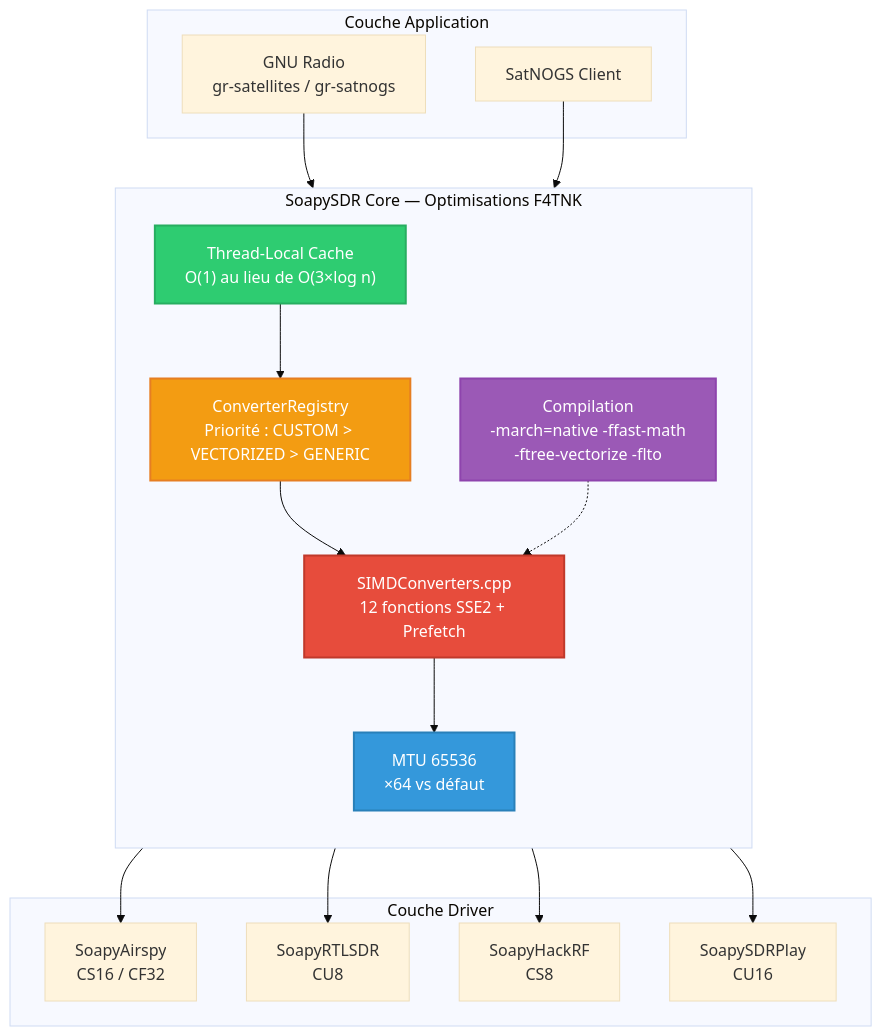
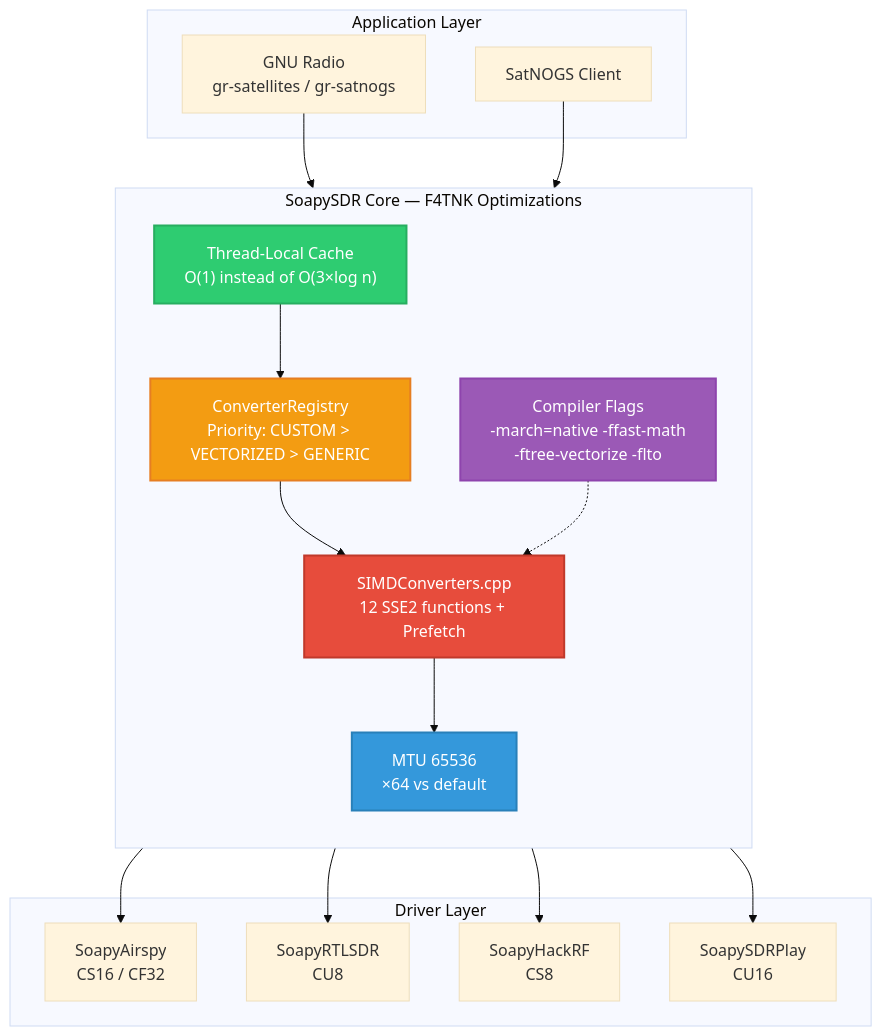
The first of 6 diagrams in OPTIMIZATIONS-F4TNK.md (f4tnk/SoapySDR), drawn with Mermaid (base theme) before and after one commit. The commit also changed other lines of this file, not shown here.

Commit message:
docs: translate OPTIMIZATIONS-F4TNK.md to English

````diff
--- a/OPTIMIZATIONS-F4TNK.md
+++ b/OPTIMIZATIONS-F4TNK.md
@@ -22,40 +22,40 @@
 ```mermaid
 graph TB
-    subgraph "Couche Application"
+    subgraph "Application Layer"
         GR["GNU Radio<br/>gr-satellites / gr-satnogs"]
         APP["SatNOGS Client"]
     end
 
-    subgraph "SoapySDR Core — Optimisations F4TNK"
+    subgraph "SoapySDR Core — F4TNK Optimizations"
         direction TB
-        CACHE["Thread-Local Cache<br/>O(1) au lieu de O(3×log n)"]
-        REG["ConverterRegistry<br/>Priorité : CUSTOM > VECTORIZED > GENERIC"]
-        SIMD["SIMDConverters.cpp<br/>12 fonctions SSE2 + Prefetch"]
-        MTU["MTU 65536<br/>×64 vs défaut"]
-        FLAGS["Compilation<br/>-march=native -ffast-math<br/>-ftree-vectorize -flto"]
+        CACHE["Thread-Local Cache<br/>O(1) instead of O(3×log n)"]
+        REG["ConverterRegistry<br/>Priority: CUSTOM > VECTORIZED > GENERIC"]
+        SIMD["SIMDConverters.cpp<br/>12 SSE2 functions + Prefetch"]
+        MTU["MTU 65536<br/>×64 vs default"]
+        FLAGS["Compiler Flags<br/>-march=native -ffast-math<br/>-ftree-vectorize -flto"]
     end
 
-    subgraph "Couche Driver"
+    subgraph "Driver Layer"
         AIR["SoapyAirspy<br/>CS16 / CF32"]
         RTL["SoapyRTLSDR<br/>CU8"]
         HACK["SoapyHackRF<br/>CS8"]
         PLAY["SoapySDRPlay<br/>CU16"]
     end
 
     GR --> CACHE
     APP --> CACHE
     CACHE --> REG
     REG --> SIMD
     SIMD --> MTU
     MTU --> AIR
     MTU --> RTL
     MTU --> HACK
     MTU --> PLAY
     FLAGS -.-> SIMD
 
     style SIMD fill:#e74c3c,color:#fff,stroke:#c0392b,stroke-width:2px
     style CACHE fill:#2ecc71,color:#fff,stroke:#27ae60,stroke-width:2px
     style MTU fill:#3498db,color:#fff,stroke:#2980b9,stroke-width:2px
     style FLAGS fill:#9b59b6,color:#fff,stroke:#8e44ad,stroke-width:2px
     style REG fill:#f39c12,color:#fff,stroke:#e67e22,stroke-width:2px
 ```
````
